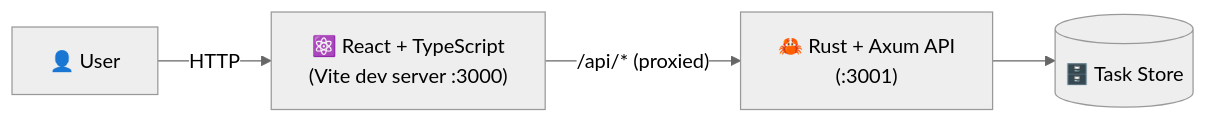
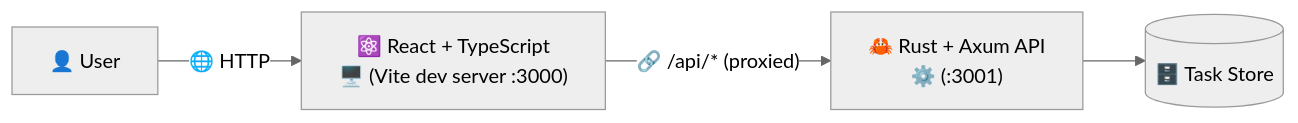
Before and after one commit to leachj/test: the first of 2 diagrams in README.md, drawn with Mermaid (neutral theme). The commit also changed other lines of this file, not shown here.

Commit message:
Add more emojis to README diagrams and tables

````diff
--- a/README.md
+++ b/README.md
@@ -19,6 +19,6 @@
 ```mermaid
 graph LR
-    User["👤 User"] -->|HTTP| Frontend["⚛️ React + TypeScript\n(Vite dev server :3000)"]
-    Frontend -->|"/api/* (proxied)"| Backend["🦀 Rust + Axum API\n(:3001)"]
+    User["👤 User"] -->|🌐 HTTP| Frontend["⚛️ React + TypeScript\n🖥️ (Vite dev server :3000)"]
+    Frontend -->|"🔗 /api/* (proxied)"| Backend["🦀 Rust + Axum API\n⚙️ (:3001)"]
     Backend --> Store[("🗄️ Task Store")]
 ```
````
